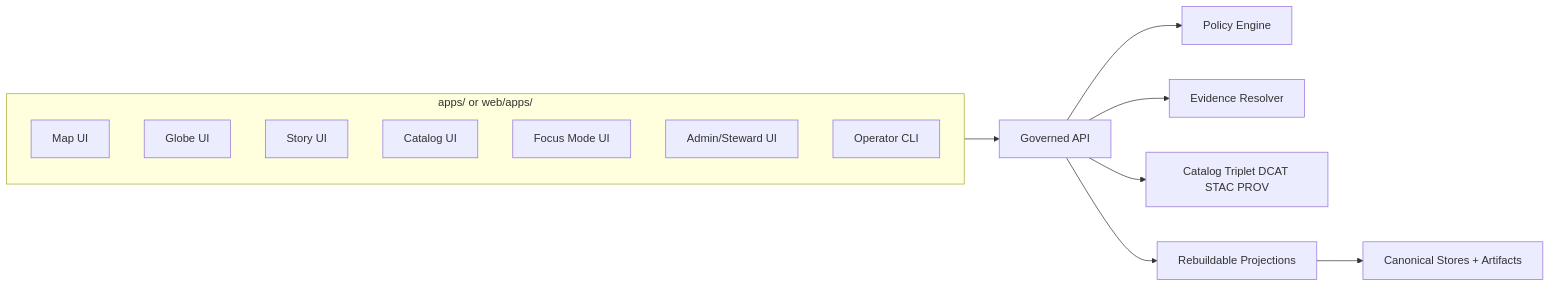
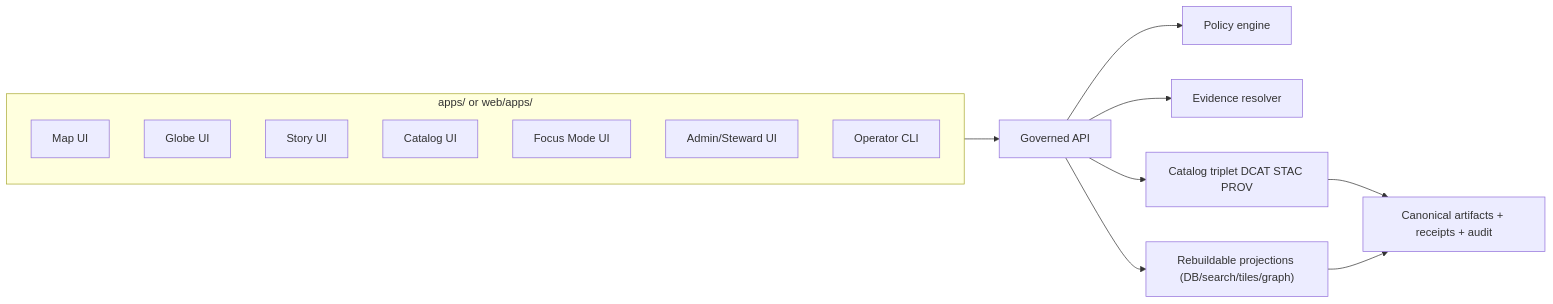
The first of 2 diagrams in apps/README.md (bartytime4life/Kansas-Frontier-Matrix), drawn with Mermaid before and after one commit. The commit also changed other lines of this file, not shown here.

````diff
--- a/apps/README.md
+++ b/apps/README.md
@@ -344,19 +377,20 @@
 ```mermaid
 flowchart LR
   subgraph Apps["apps/ or web/apps/"]
     Map["Map UI"]
     Globe["Globe UI"]
     Story["Story UI"]
     Catalog["Catalog UI"]
     Focus["Focus Mode UI"]
     Admin["Admin/Steward UI"]
     CLI["Operator CLI"]
   end
 
   Apps --> API["Governed API"]
-  API --> Policy["Policy Engine"]
-  API --> Evidence["Evidence Resolver"]
-  API --> CatalogTriplet["Catalog Triplet DCAT STAC PROV"]
-  API --> Projections["Rebuildable Projections"]
-  Projections --> Stores["Canonical Stores + Artifacts"]
+  API --> Policy["Policy engine"]
+  API --> Evidence["Evidence resolver"]
+  API --> CatalogTriplet["Catalog triplet DCAT STAC PROV"]
+  API --> Projections["Rebuildable projections (DB/search/tiles/graph)"]
+  CatalogTriplet --> Canonical["Canonical artifacts + receipts + audit"]
+  Projections --> Canonical
 ```
````
